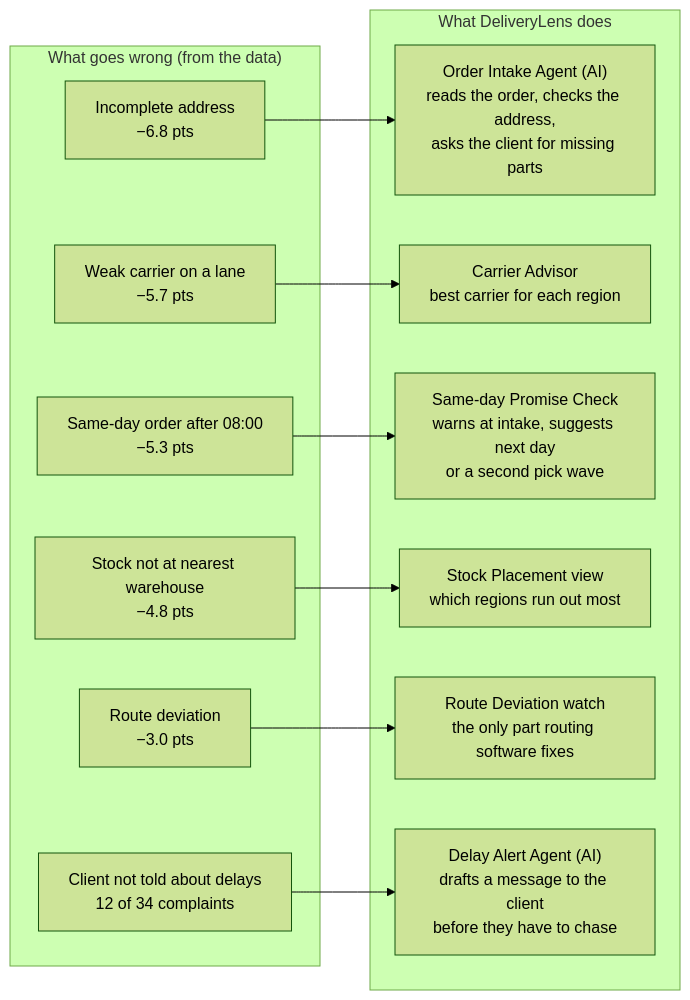
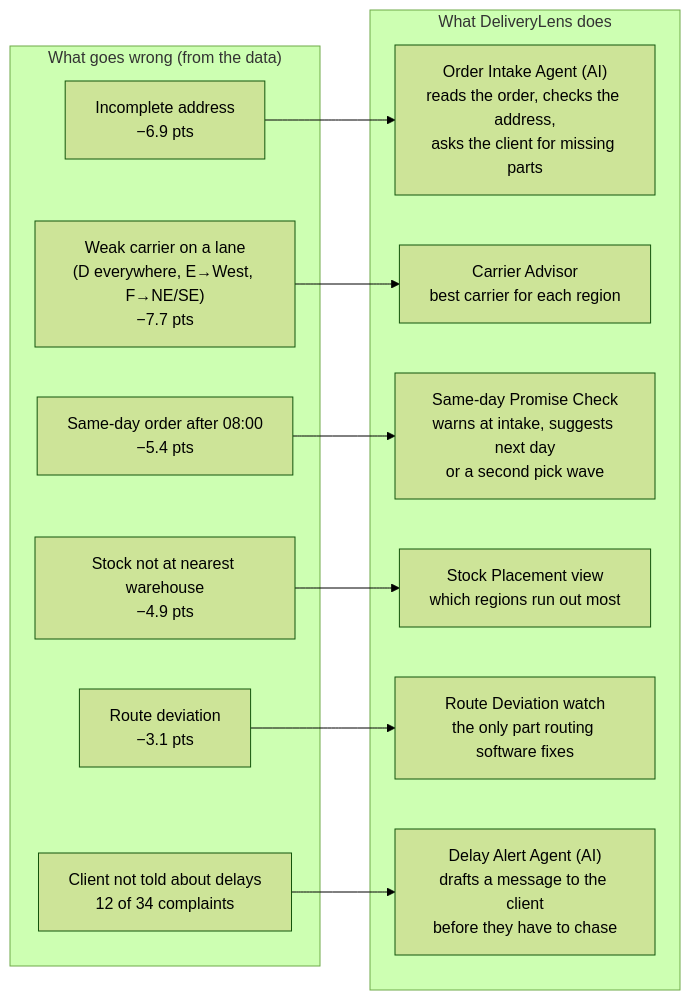
One commit to saimuthiki/halcyon-deliverylens changed the first of 9 diagrams in docs/04-solution-and-architecture.md. Above: the diagram before and after it, drawn with Mermaid (forest theme). The commit also changed other lines of this file and 5 other files, not shown here.

First line of the commit message:
Docs: corrected findings - Carrier D everywhere, realistic 90.2% vs 99.0% ceiling, business case

````diff
--- a/docs/04-solution-and-architecture.md
+++ b/docs/04-solution-and-architecture.md
@@ -14,25 +14,25 @@
 ```mermaid
 flowchart LR
   subgraph CAUSE["What goes wrong (from the data)"]
-    C1["Incomplete address<br/>−6.8 pts"]
-    C2["Weak carrier on a lane<br/>−5.7 pts"]
-    C3["Same-day order after 08:00<br/>−5.3 pts"]
-    C4["Stock not at nearest warehouse<br/>−4.8 pts"]
-    C5["Route deviation<br/>−3.0 pts"]
+    C1["Incomplete address<br/>−6.9 pts"]
+    C2["Weak carrier on a lane<br/>(D everywhere, E→West, F→NE/SE)<br/>−7.7 pts"]
+    C3["Same-day order after 08:00<br/>−5.4 pts"]
+    C4["Stock not at nearest warehouse<br/>−4.9 pts"]
+    C5["Route deviation<br/>−3.1 pts"]
     C6["Client not told about delays<br/>12 of 34 complaints"]
   end
   subgraph FIX["What DeliveryLens does"]
     F1["Order Intake Agent (AI)<br/>reads the order, checks the address,<br/>asks the client for missing parts"]
     F2["Carrier Advisor<br/>best carrier for each region"]
     F3["Same-day Promise Check<br/>warns at intake, suggests next day<br/>or a second pick wave"]
     F4["Stock Placement view<br/>which regions run out most"]
     F5["Route Deviation watch<br/>the only part routing software fixes"]
     F6["Delay Alert Agent (AI)<br/>drafts a message to the client<br/>before they have to chase"]
   end
   C1 --> F1
   C2 --> F2
   C3 --> F3
   C4 --> F4
   C5 --> F5
   C6 --> F6
 ```
````
